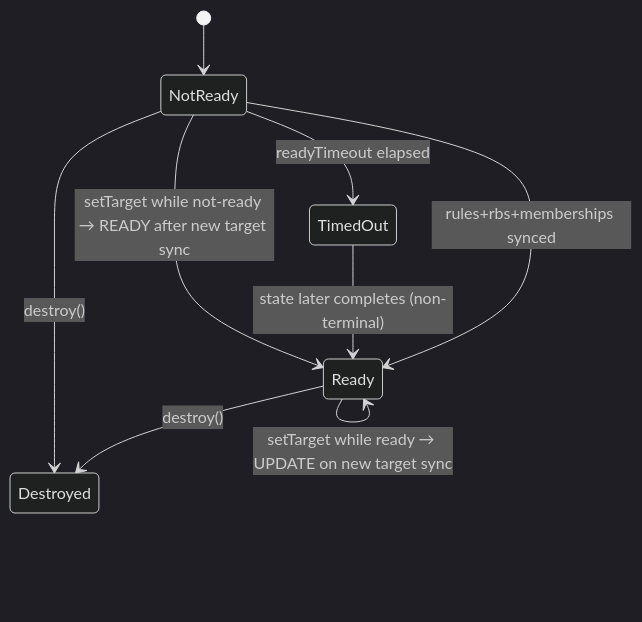
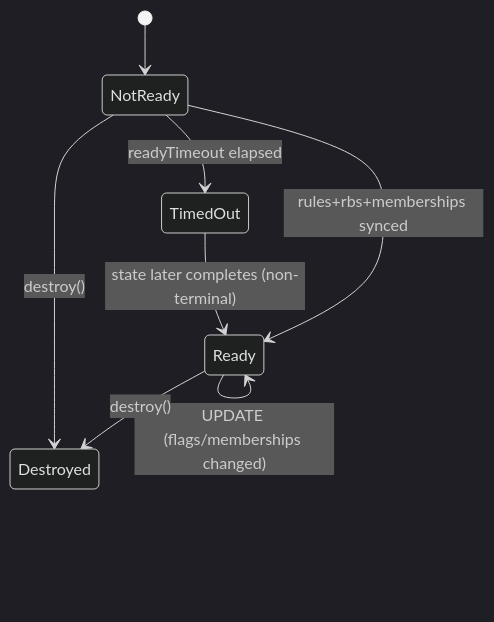
One commit to splitio/dart-client changed the fifth of 7 diagrams in docs/SDK-Specification-v1-RFC2119.md. Above: the diagram before and after it, drawn with Mermaid (dark theme). The commit also changed other lines of this file and 382 other files, not shown here.

````diff
--- a/docs/SDK-Specification-v1-RFC2119.md
+++ b/docs/SDK-Specification-v1-RFC2119.md
@@ -814,12 +851,10 @@
 ```mermaid
 stateDiagram-v2
   [*] --> NotReady
   NotReady --> Ready: rules+rbs+memberships synced
   NotReady --> TimedOut: readyTimeout elapsed
   TimedOut --> Ready: state later completes (non-terminal)
   Ready --> Ready: UPDATE (flags/memberships changed)
-  Ready --> Ready: setTarget while ready → UPDATE on new target sync
-  NotReady --> Ready: setTarget while not-ready → READY after new target sync
   Ready --> Destroyed: destroy()
   NotReady --> Destroyed: destroy()
 ```
````
